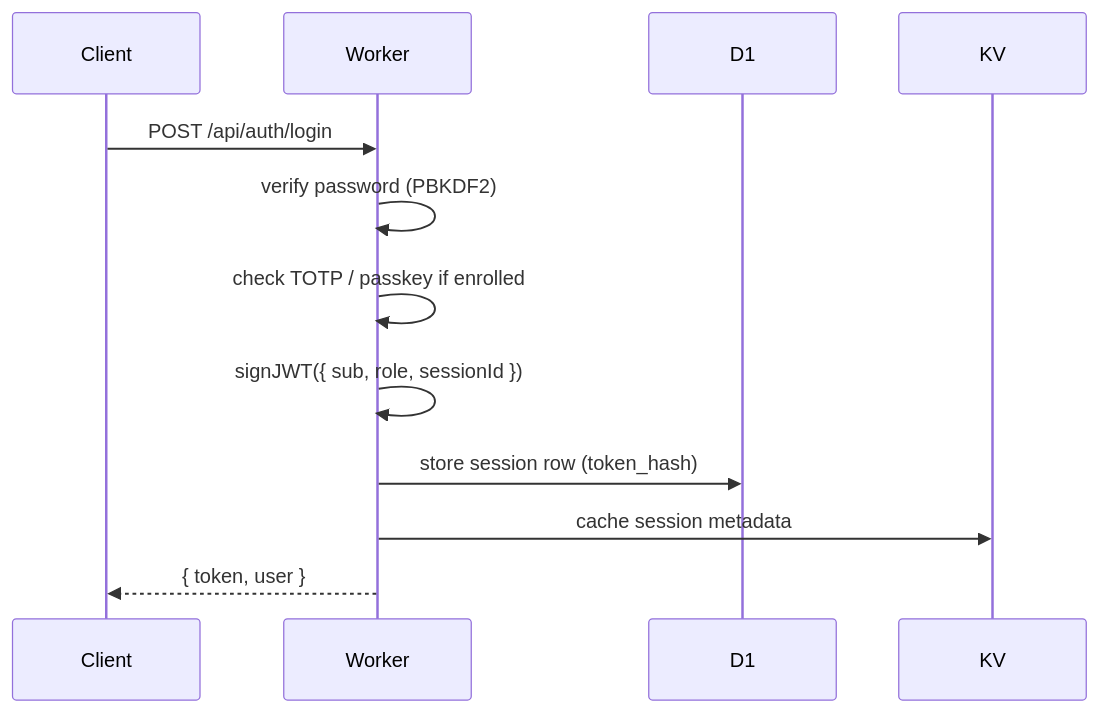
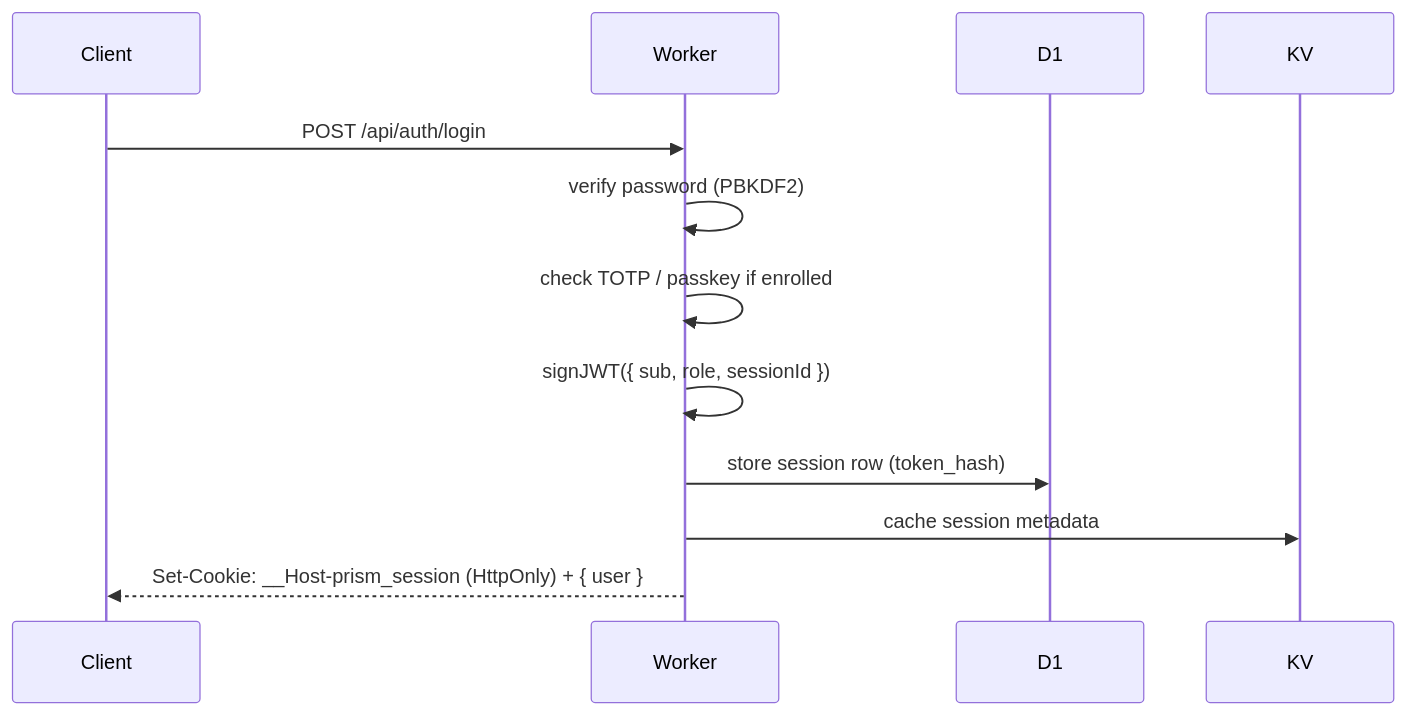
Before and after one commit to siiway/prism: the third of 4 diagrams in docs/architecture.md, drawn with Mermaid. The commit also changed other lines of this file and 41 other files, not shown here.

````diff
--- a/docs/architecture.md
+++ b/docs/architecture.md
@@ -389,15 +389,15 @@
 ```mermaid
 sequenceDiagram
   participant Client
   participant Worker
   participant D1
   participant KV
 
   Client->>Worker: POST /api/auth/login
   Worker->>Worker: verify password (PBKDF2)
   Worker->>Worker: check TOTP / passkey if enrolled
   Worker->>Worker: signJWT({ sub, role, sessionId })
   Worker->>D1: store session row (token_hash)
   Worker->>KV: cache session metadata
-  Worker-->>Client: { token, user }
+  Worker-->>Client: Set-Cookie: __Host-prism_session (HttpOnly) + { user }
 ```
````
